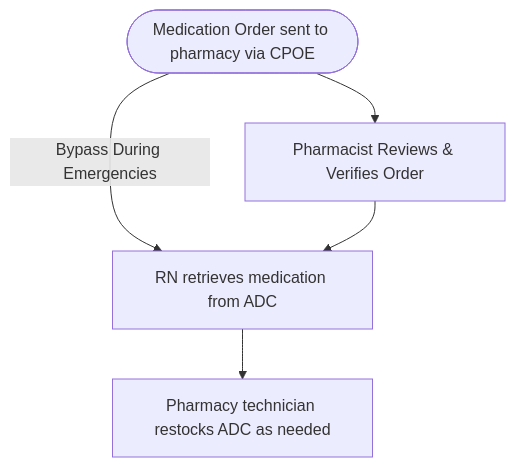
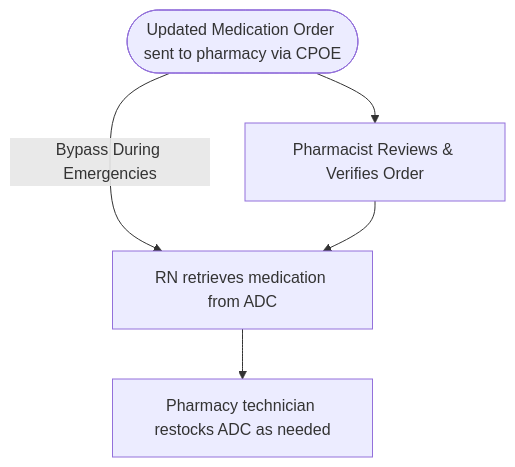
One commit to ctnava/rxtechnotes changed the second of 2 diagrams in ref/settings/hospital.md. Above: the diagram before and after it, drawn with Mermaid. The commit also changed other lines of this file and 10 other files, not shown here.

````diff
--- a/ref/settings/hospital.md
+++ b/ref/settings/hospital.md
@@ -303,8 +303,8 @@
 ```mermaid
 graph TD;
-  A(["`Medication Order sent to pharmacy via CPOE`"]);
+  A(["`Updated Medication Order sent to pharmacy via CPOE`"]);
   A-->B["`Pharmacist Reviews & Verifies Order`"];
   A--"`Bypass During Emergencies`"-->C;
   B-->C["`RN retrieves medication from ADC`"];
   C-->D["`Pharmacy technician restocks ADC as needed`"];
 ```
````
